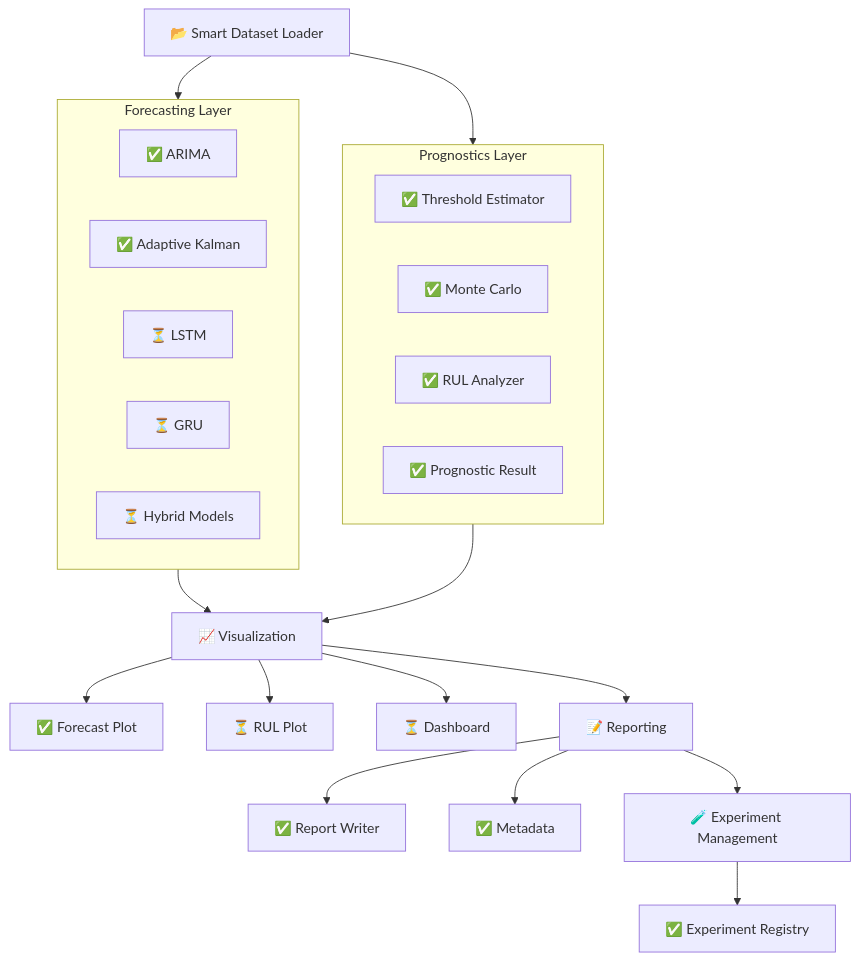
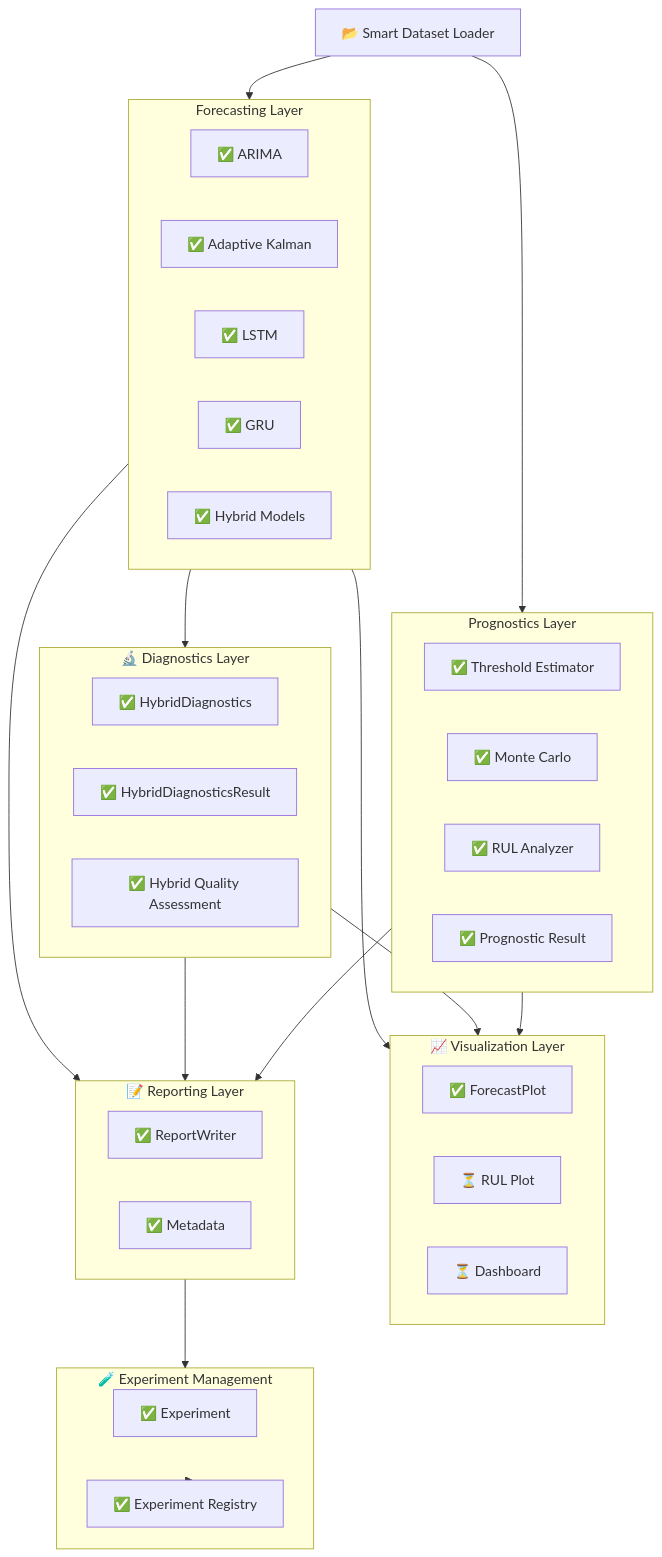
One commit to ardince/ZenerEstimation changed the diagram in docs/ARCHITECTURE.md. Above: the diagram before and after it, drawn with Mermaid. The commit also changed other lines of this file and 16 other files, not shown here.

Commit message:
Sprint 10: Complete Diagnostics Hybrid Forecasting Framework

```diff
--- a/docs/ARCHITECTURE.md
+++ b/docs/ARCHITECTURE.md
@@ -70,11 +81,25 @@
 
         KF["✅ Adaptive Kalman"]
 
-        LSTM["⏳ LSTM"]
+        LSTM["✅ LSTM"]
 
-        GRU["⏳ GRU"]
+        GRU["✅ GRU"]
 
-        HY["⏳ Hybrid Models"]
+        HY["✅ Hybrid Models"]
+
+    end
+
+    %% =====================================================
+    %% Diagnostics
+    %% =====================================================
+
+    subgraph D["🔬 Diagnostics Layer"]
+
+        HD["✅ HybridDiagnostics"]
+
+        HR["✅ HybridDiagnosticsResult"]
+
+        QA["✅ Hybrid Quality Assessment"]
 
     end
 
@@ -98,45 +123,49 @@
     %% Visualization
     %% =====================================================
 
-    V["📈 Visualization"]
+    subgraph V["📈 Visualization Layer"]
 
-    FP["✅ Forecast Plot"]
+        FP["✅ ForecastPlot"]
 
-    RP["⏳ RUL Plot"]
+        RP["⏳ RUL Plot"]
 
-    DASH["⏳ Dashboard"]
+        DASH["⏳ Dashboard"]
+
+    end
 
     %% =====================================================
     %% Reporting
     %% =====================================================
 
-    REP["📝 Reporting"]
+    subgraph REP["📝 Reporting Layer"]
 
-    RW["✅ Report Writer"]
+        RW["✅ ReportWriter"]
 
-    META["✅ Metadata"]
+        META["✅ Metadata"]
+
+    end
 
     %% =====================================================
     %% Experiment
     %% =====================================================
 
-    EXP["🧪 Experiment Management"]
+    subgraph EXP["🧪 Experiment Management"]
 
-    REG["✅ Experiment Registry"]
+        E["✅ Experiment"]
 
-    %% Connections
+        REG["✅ Experiment Registry"]
 
+    end
+
+    F --> D
     F --> V
+    F --> REP
+
+    D --> V
+    D --> REP
+
     P --> V
-
-    V --> FP
-    V --> RP
-    V --> DASH
-
-    V --> REP
-
-    REP --> RW
-    REP --> META
+    P --> REP
 
     REP --> EXP
 
```
